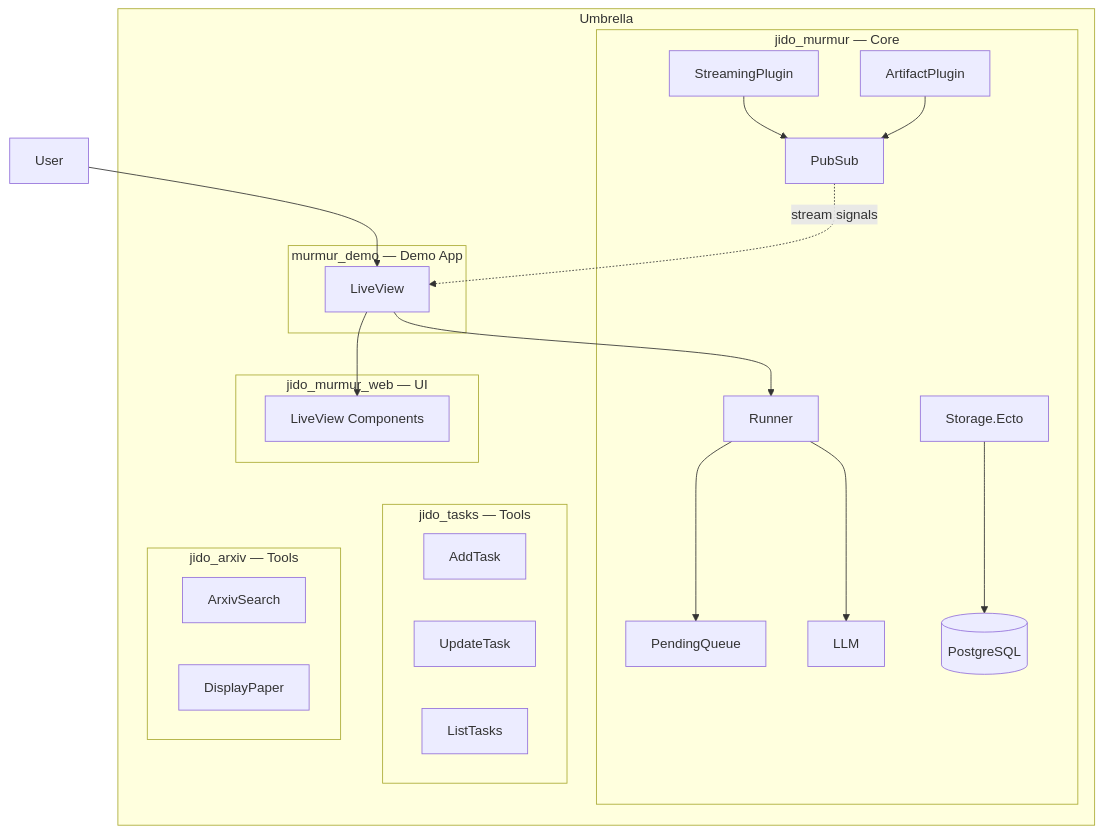
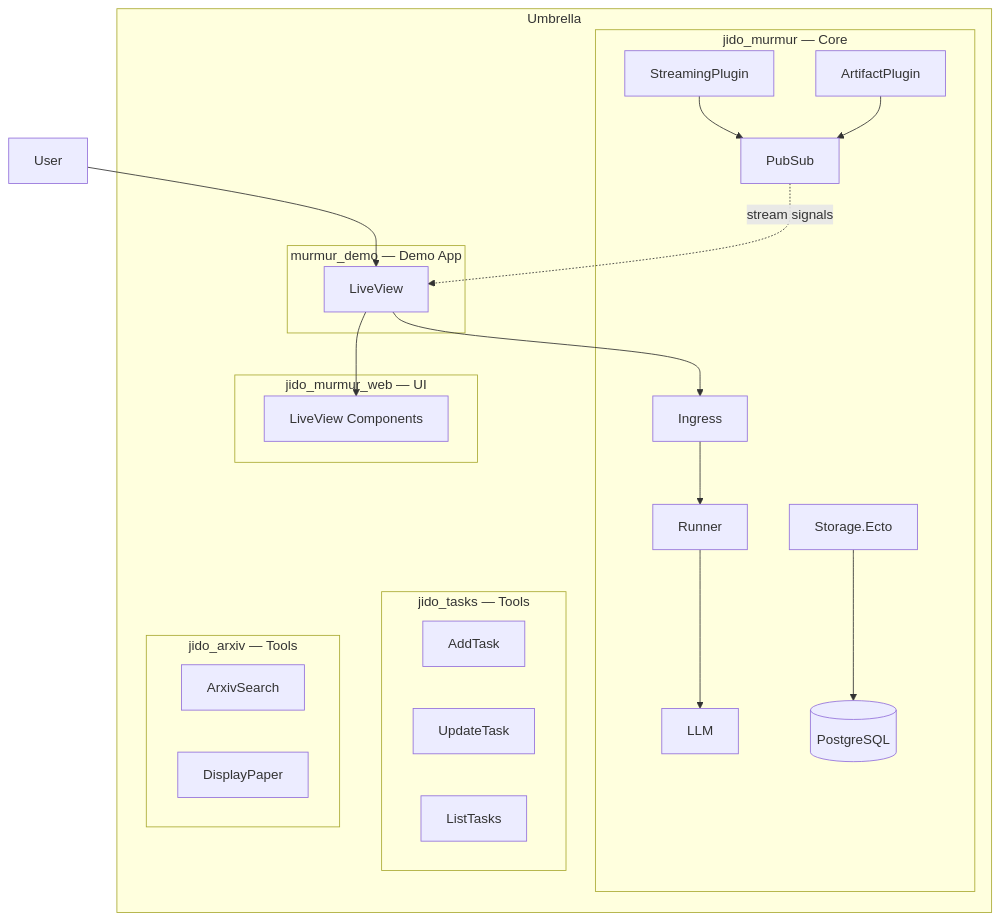
One commit to VMinB12/murmur changed the first of 2 diagrams in README.md. Above: the diagram before and after it, drawn with Mermaid. The commit also changed other lines of this file and 60 other files, not shown here.

````diff
--- a/README.md
+++ b/README.md
@@ -60,27 +60,27 @@
 ```mermaid
 flowchart TD
     subgraph Umbrella
         subgraph jido_murmur[jido_murmur — Core]
-            Runner --> PendingQueue
+            Ingress --> Runner
             Runner --> LLM
             StreamingPlugin --> PubSub
             ArtifactPlugin --> PubSub
             StorageEcto[Storage.Ecto] --> DB[(PostgreSQL)]
         end
         subgraph jido_murmur_web[jido_murmur_web — UI]
             Components[LiveView Components]
         end
         subgraph jido_tasks[jido_tasks — Tools]
             AddTask & UpdateTask & ListTasks
         end
         subgraph jido_arxiv[jido_arxiv — Tools]
             ArxivSearch & DisplayPaper
         end
         subgraph murmur_demo[murmur_demo — Demo App]
             LiveView --> Components
-            LiveView --> Runner
+            LiveView --> Ingress
         end
     end
     User --> LiveView
     PubSub -.->|stream signals| LiveView
 ```
````
